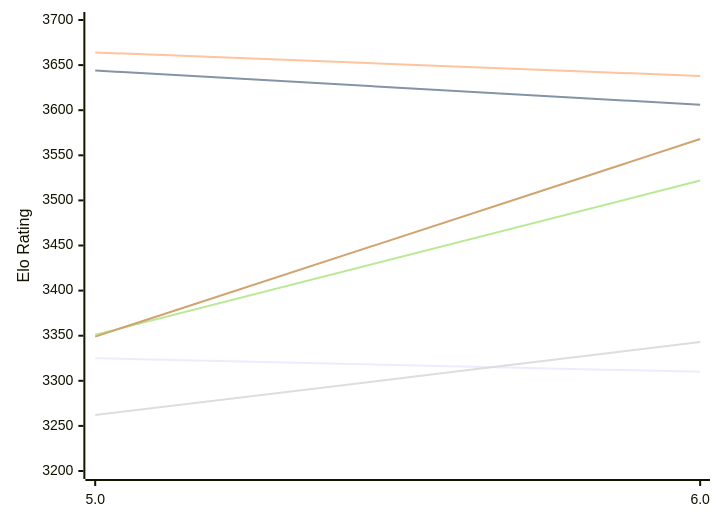
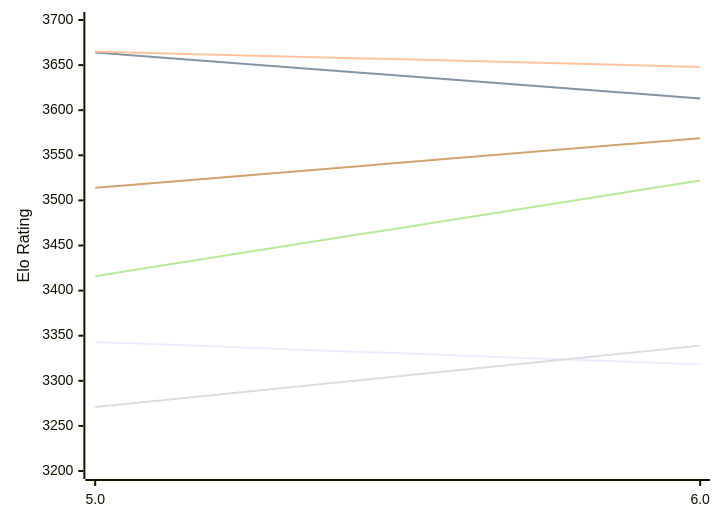
The first of 2 diagrams in engines/Tarnished.md (computer-chess-index/cci), drawn with Mermaid before and after one commit. The commit also changed other lines of this file, not shown here.

Commit message:
Update CCI Ratings (ELO VLTC) - 2026-11-16

````diff
--- a/engines/Tarnished.md
+++ b/engines/Tarnished.md
@@ -51,12 +51,12 @@
 ```mermaid
 %%{init: {"theme":"base","themeVariables":{"seriesColors:['#a3a3a3','#222221','#faa371']}}}%%
 xychart-beta
   x-axis ["5.0", "6.0"]
   y-axis "Elo Rating" 3200 --> 3700
-  line "E1: STC (8.0+0.08s)" [3325, 3310]
-  line "E1: LTC (60.0+0.60s)" [3644, 3606]
-  line "E1: VLTC (2m24s+1.12s)" [3664, 3638]
-  line "P1: STC (8.0+0.08s)" [3262, 3343]
-  line "P1: LTC (60.0+0.60s)" [3351, 3522]
-  line "P1: VLTC (2m24s+1.12s)" [3349, 3568]
+  line "E1: STC (8.0+0.08s)" [3343, 3318]
+  line "E1: LTC (60.0+0.60s)" [3664, 3613]
+  line "E1: VLTC (2m24s+1.12s)" [3665, 3648]
+  line "P1: STC (8.0+0.08s)" [3271, 3339]
+  line "P1: LTC (60.0+0.60s)" [3416, 3522]
+  line "P1: VLTC (2m24s+1.12s)" [3514, 3569]
 ```
````
